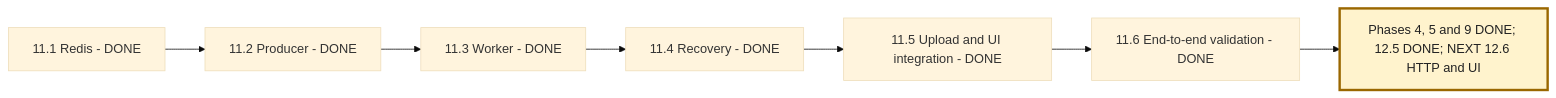
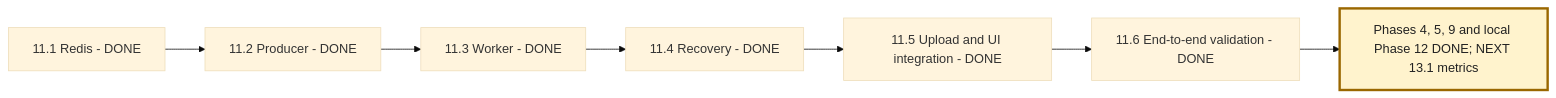
Before and after one commit to msdian0007/nexaAi: the third of 4 diagrams in NEXAAI_ROADMAP.md, drawn with Mermaid (base theme). The commit also changed other lines of this file and 17 other files, not shown here.

````diff
--- a/NEXAAI_ROADMAP.md
+++ b/NEXAAI_ROADMAP.md
@@ -257,10 +257,10 @@
 ```mermaid
 flowchart LR
     A[11.1 Redis - DONE] --> B[11.2 Producer - DONE]
     B --> C[11.3 Worker - DONE]
     C --> D[11.4 Recovery - DONE]
     D --> E[11.5 Upload and UI integration - DONE]
     E --> F[11.6 End-to-end validation - DONE]
-    F --> G[Phases 4, 5 and 9 DONE; 12.5 DONE; NEXT 12.6 HTTP and UI]
+    F --> G[Phases 4, 5, 9 and local Phase 12 DONE; NEXT 13.1 metrics]
     style G fill:#fff3cd,stroke:#9a6700,stroke-width:3px,color:#222
 ```
````
